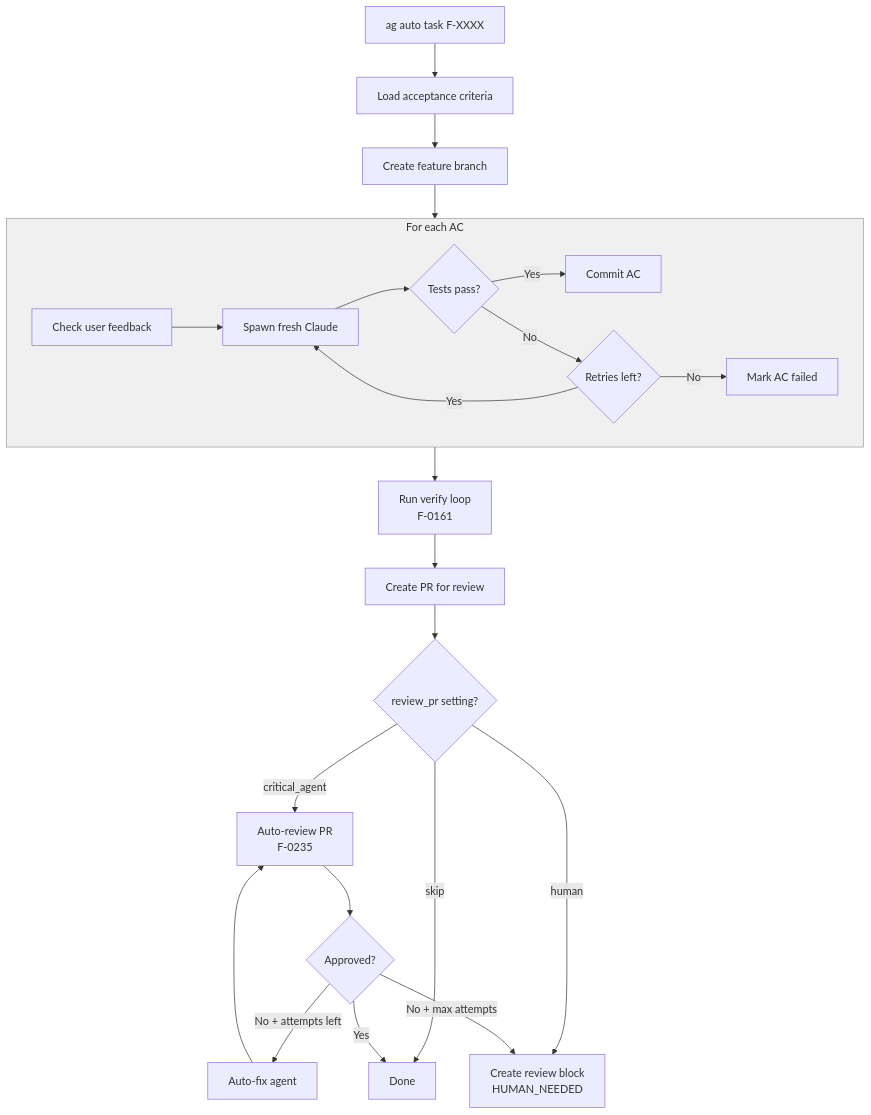
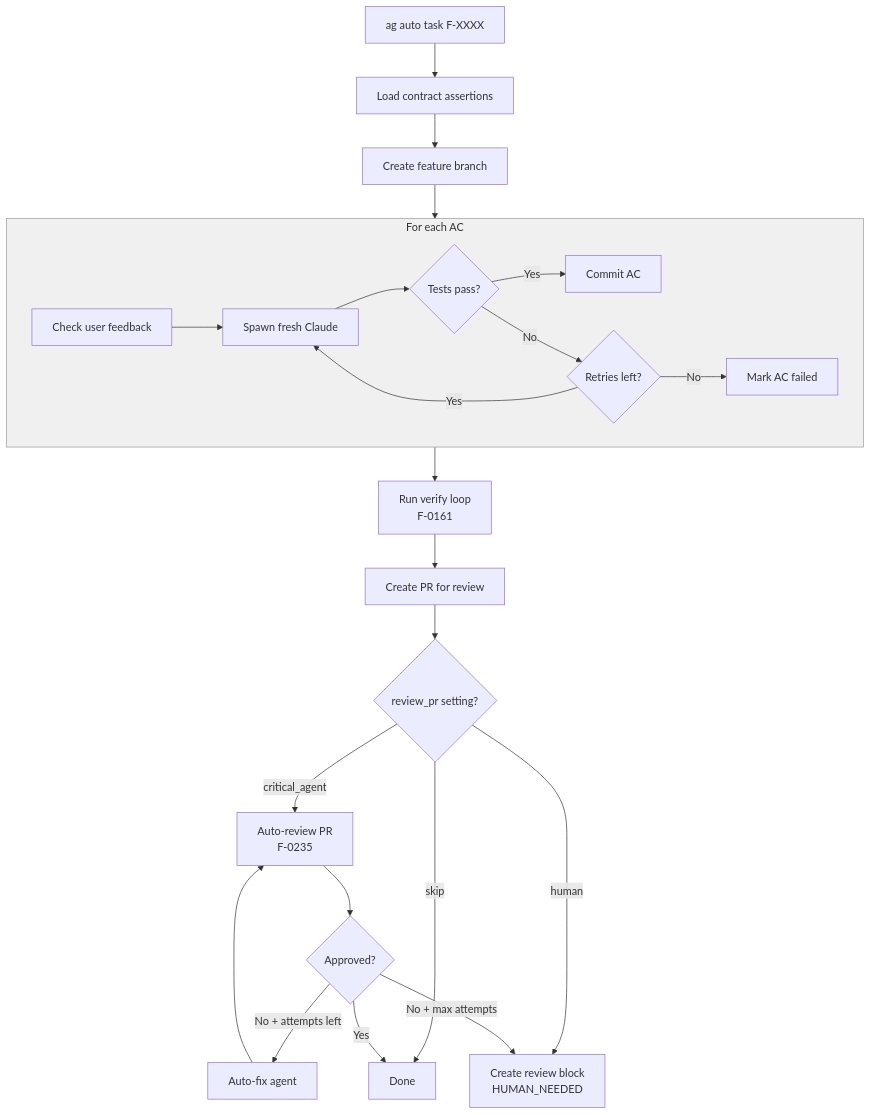
Before and after one commit to tomgun/agentic-framework: the third of 7 diagrams in docs/HOW_IT_WORKS.md, drawn with Mermaid. The commit also changed other lines of this file and 13 other files, not shown here.

````diff
--- a/docs/HOW_IT_WORKS.md
+++ b/docs/HOW_IT_WORKS.md
@@ -360,29 +360,29 @@
 ```mermaid
 flowchart TB
-    START[ag auto task F-XXXX] --> LOAD[Load acceptance criteria]
+    START[ag auto task F-XXXX] --> LOAD[Load contract assertions]
     LOAD --> BRANCH[Create feature branch]
     BRANCH --> AC_LOOP
 
     subgraph AC_LOOP["For each AC"]
         CHECK_FB[Check user feedback] --> SPAWN[Spawn fresh Claude]
         SPAWN --> TEST{Tests pass?}
         TEST -->|Yes| COMMIT[Commit AC]
         TEST -->|No| RETRY{Retries left?}
         RETRY -->|Yes| SPAWN
         RETRY -->|No| MARK_FAIL[Mark AC failed]
     end
 
     AC_LOOP --> VERIFY[Run verify loop<br/>F-0161]
     VERIFY --> PR[Create PR for review]
     PR --> REVIEW{review_pr setting?}
     REVIEW -->|critical_agent| AUTO_REVIEW[Auto-review PR<br/>F-0235]
     REVIEW -->|human| BLOCK[Create review block<br/>HUMAN_NEEDED]
     REVIEW -->|skip| DONE[Done]
     AUTO_REVIEW --> FIX{Approved?}
     FIX -->|Yes| DONE
     FIX -->|No + attempts left| FIX_AGENT[Auto-fix agent]
     FIX_AGENT --> AUTO_REVIEW
     FIX -->|No + max attempts| BLOCK
 
     style AC_LOOP fill:#f0f0f0,stroke:#999
 ```
````
